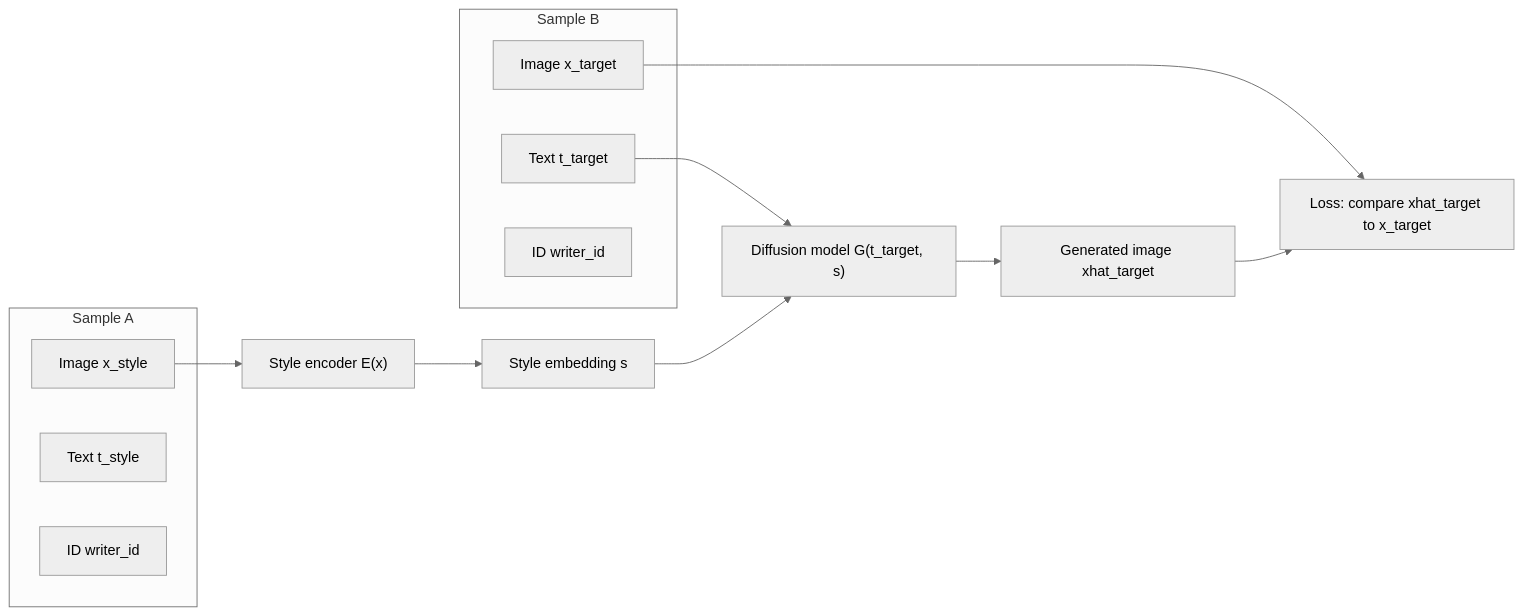
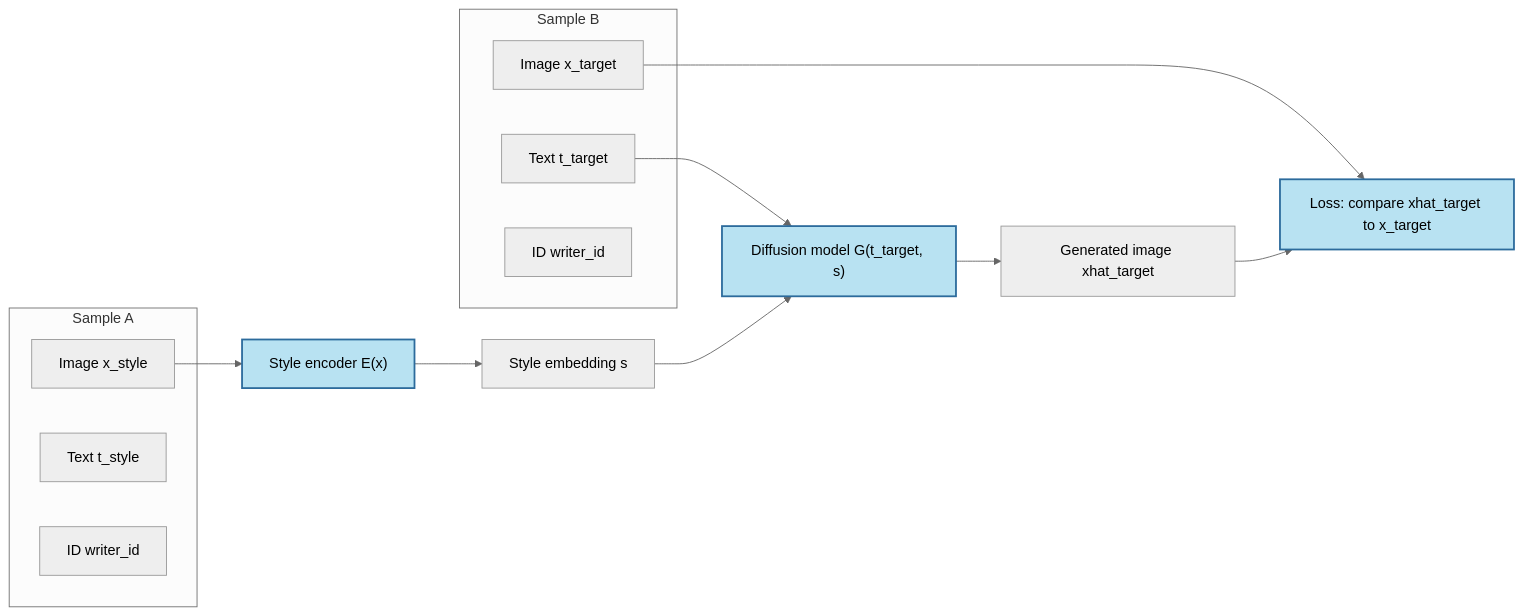
One commit to etresure/handwritten-text-generation changed the first of 2 diagrams in README.md. Above: the diagram before and after it, drawn with Mermaid (neutral theme). The commit also changed other lines of this file, not shown here.

Commit message:
Fixed diagram

````diff
--- a/README.md
+++ b/README.md
@@ -5,31 +5,35 @@
 ```mermaid
 flowchart LR
   %% Two samples of same writer
   subgraph A["Sample A"]
     XS["Image x_style"]
     TS["Text t_style"]
     WS["ID writer_id"]
   end
   %% Encoder
   XS --> E["Style encoder E(x)"]
 
   subgraph B["Sample B"]
     XT["Image x_target"]
     TT["Text t_target"]
     WT["ID writer_id"]
   end
 
   %% Model
   TT --> G["Diffusion model G(t_target, s)"]
 
   %% Style vector
   E --> S["Style embedding s"]
   S --> G
 
   %% Output
   G --> XH["Generated image xhat_target"]
 
   %% Loss
   XH --> L["Loss: compare xhat_target to x_target"]
   XT --> L
+
+  style E fill:#b8e2f2,stroke:#2c6b9c,stroke-width:2px,color:#000000
+  style G fill:#b8e2f2,stroke:#2c6b9c,stroke-width:2px,color:#000000
+  style L fill:#b8e2f2,stroke:#2c6b9c,stroke-width:2px,color:#000000
   ```
````
